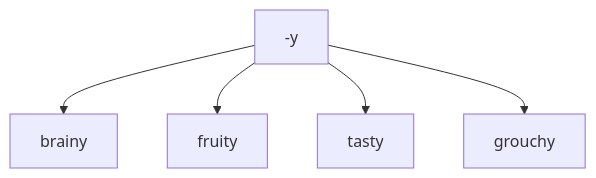
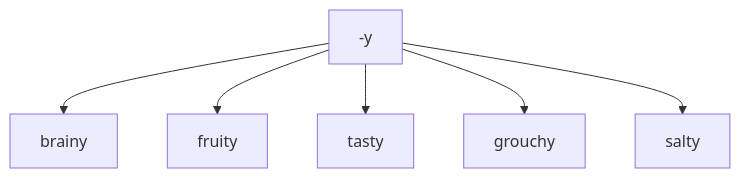
One commit to pleabargain/EnglishHelpsYourCareer changed diagram 12 of 12 in adjectives_suffixes.md. Above: the diagram before and after it, drawn with Mermaid.

````diff
--- a/adjectives_suffixes.md
+++ b/adjectives_suffixes.md
@@ -147,7 +147,8 @@
 ```mermaid
 graph TD; 
 -y-->brainy; 
 -y-->  fruity; 
 -y-->  tasty; 
 -y-->  grouchy;
+-y-->  salty;
 ```
````
